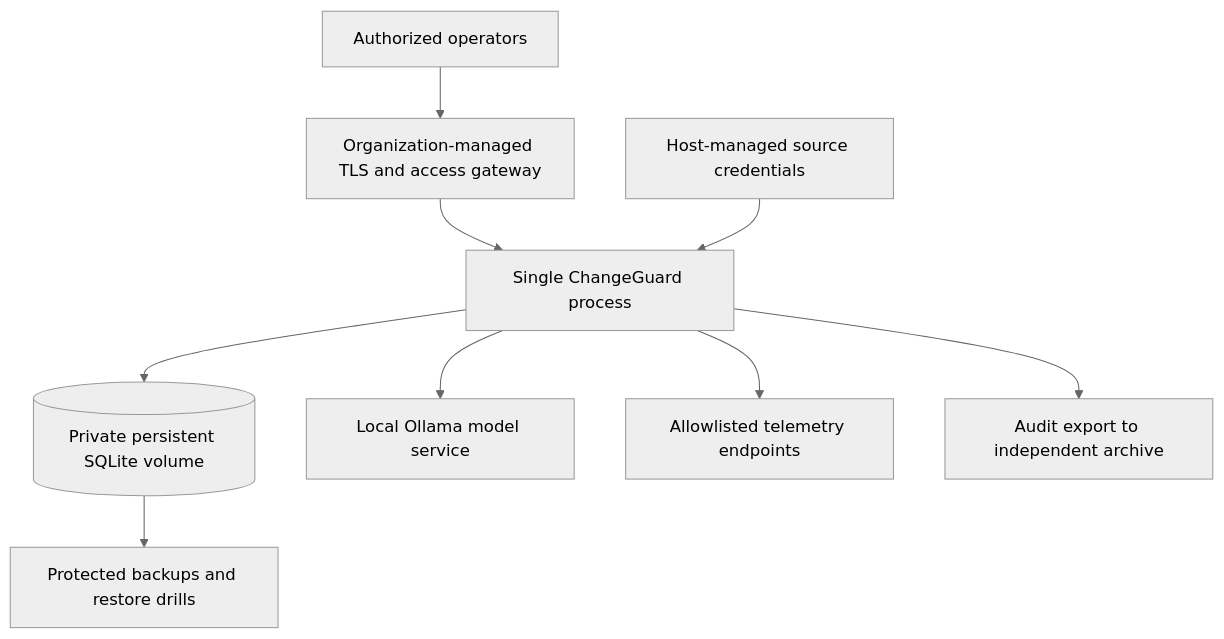
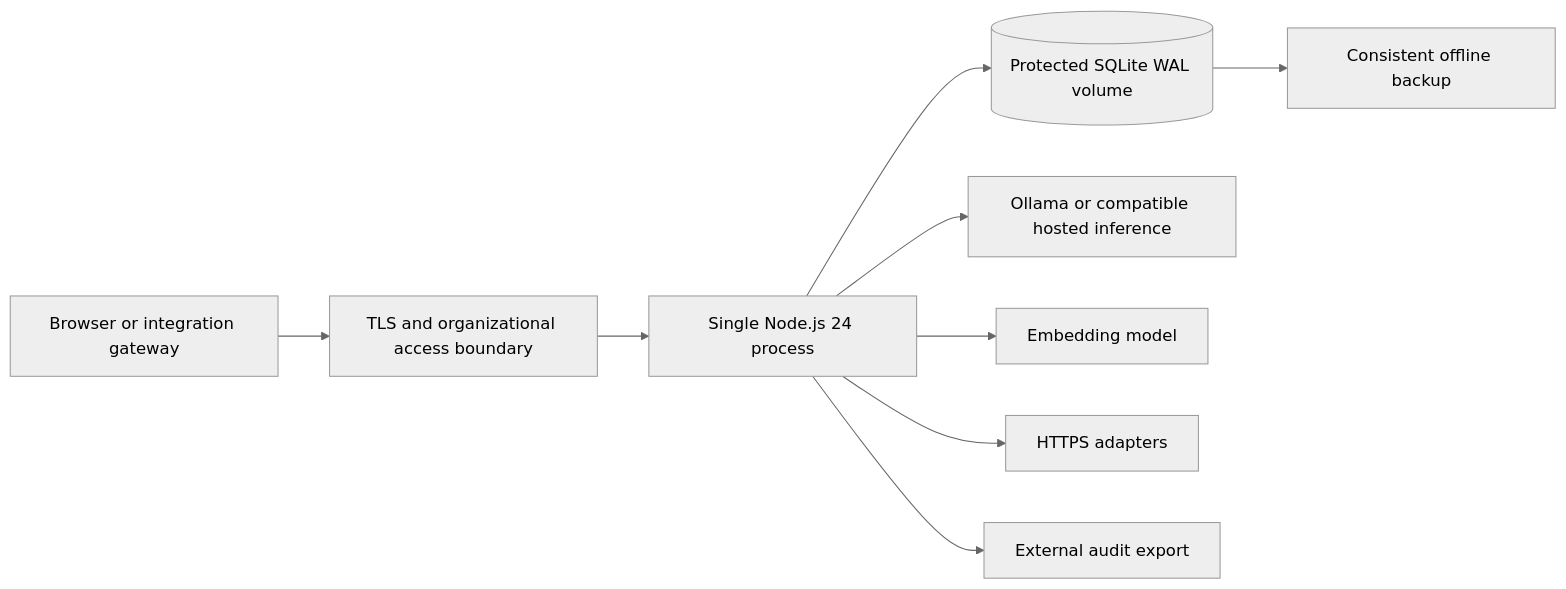
Before and after one commit to anil7000/changeguard: the fifth of 6 diagrams in README.md, drawn with Mermaid (neutral theme). The commit also changed other lines of this file and 29 other files, not shown here.

````diff
--- a/README.md
+++ b/README.md
@@ -127,11 +213,11 @@
 ```mermaid
-flowchart TB
-  Users[Authorized operators] --> Edge[Organization-managed TLS and access gateway]
-  Edge --> App[Single ChangeGuard process]
-  App --> Data[(Private persistent SQLite volume)]
-  App --> Ollama[Local Ollama model service]
-  App --> Metrics[Allowlisted telemetry endpoints]
-  Secrets[Host-managed source credentials] --> App
-  Data --> Backup[Protected backups and restore drills]
-  App --> Archive[Audit export to independent archive]
+flowchart LR
+  Users[Browser or integration gateway] --> TLS[TLS and organizational access boundary]
+  TLS --> App[Single Node.js 24 process]
+  App --> Disk[(Protected SQLite WAL volume)]
+  App --> Inference[Ollama or compatible hosted inference]
+  App --> Embeddings[Embedding model]
+  App --> Adapters[HTTPS adapters]
+  Disk --> Backup[Consistent offline backup]
+  App --> Archive[External audit export]
 ```
````
